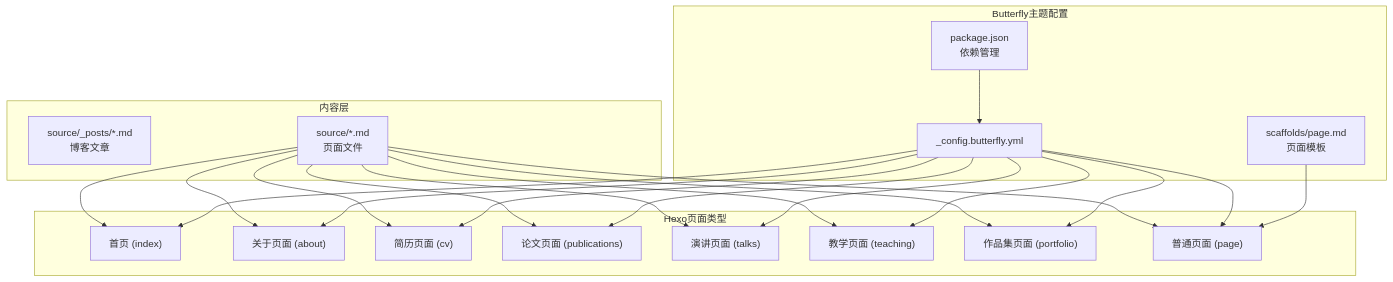
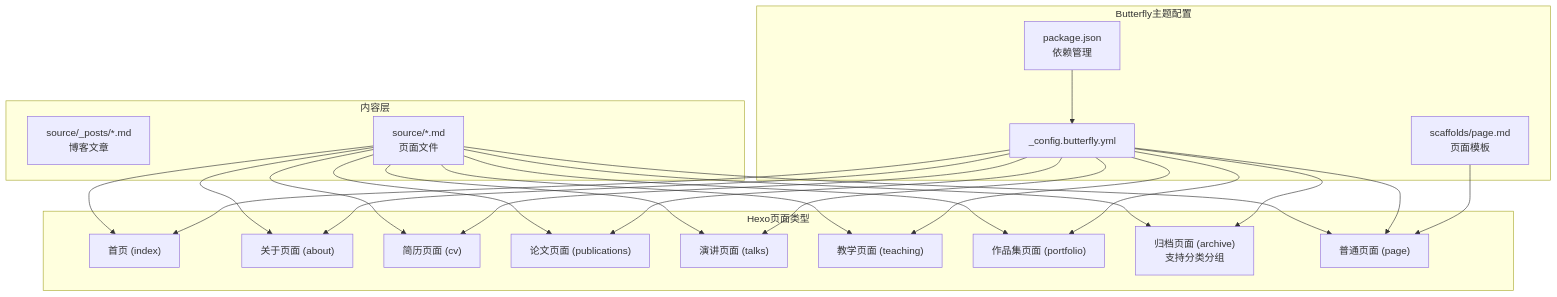
One commit to CoolPig0720/CoolPig0720.github.io changed the first of 5 diagrams in .qoder/repowiki/zh/content/页面布局和模板系统/布局系统详解.md. Above: the diagram before and after it, drawn with Mermaid. The commit also changed other lines of this file and 14 other files, not shown here.

````diff
--- a/.qoder/repowiki/zh/content/页面布局和模板系统/布局系统详解.md
+++ b/.qoder/repowiki/zh/content/页面布局和模板系统/布局系统详解.md
@@ -46,40 +51,43 @@
 ```mermaid
 graph TB
 subgraph "Hexo页面类型"
 HOME["首页 (index)"]
 ABOUT["关于页面 (about)"]
 CV["简历页面 (cv)"]
 PUB["论文页面 (publications)"]
 TALK["演讲页面 (talks)"]
 TEACH["教学页面 (teaching)"]
 PORT["作品集页面 (portfolio)"]
+ARCHIVE["归档页面 (archive)<br/>支持分类分组"]
 END["普通页面 (page)"]
 end
 subgraph "Butterfly主题配置"
 CFG["_config.butterfly.yml"]
 PKG["package.json<br/>依赖管理"]
 SCAFF["scaffolds/page.md<br/>页面模板"]
 end
 subgraph "内容层"
 P1["source/_posts/*.md<br/>博客文章"]
 P2["source/*.md<br/>页面文件"]
 end
 P2 --> HOME
 P2 --> ABOUT
 P2 --> CV
 P2 --> PUB
 P2 --> TALK
 P2 --> TEACH
 P2 --> PORT
+P2 --> ARCHIVE
 P2 --> END
 CFG --> HOME
 CFG --> ABOUT
 CFG --> CV
 CFG --> PUB
 CFG --> TALK
 CFG --> TEACH
 CFG --> PORT
+CFG --> ARCHIVE
 CFG --> END
 PKG --> CFG
 SCAFF --> END
 ```
````
